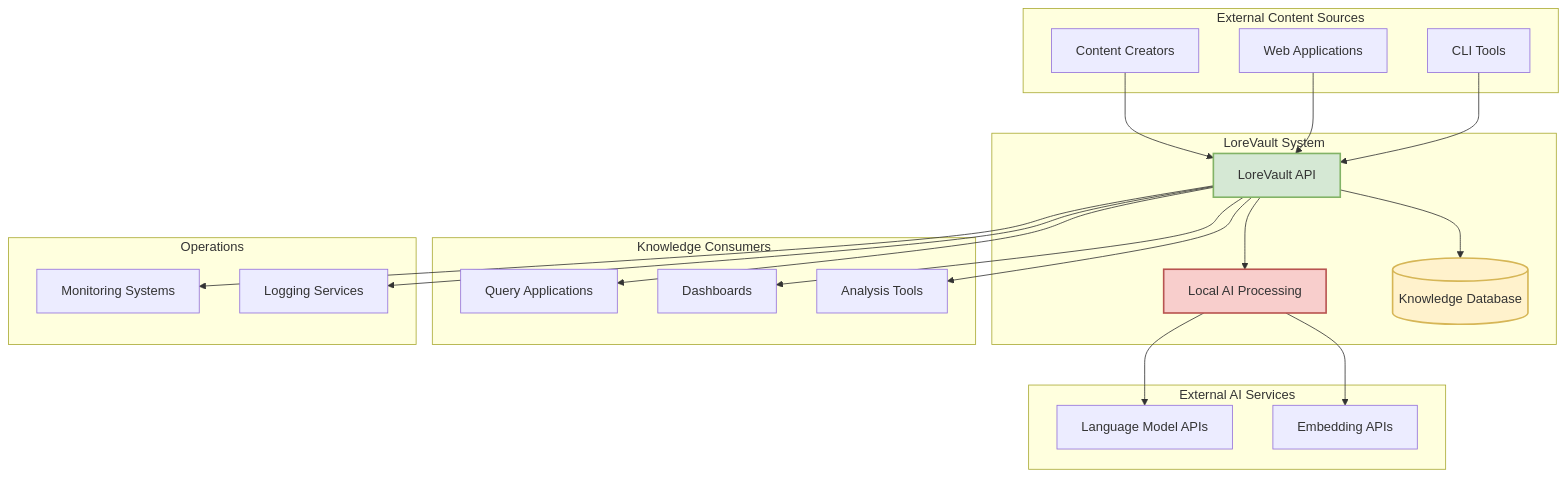
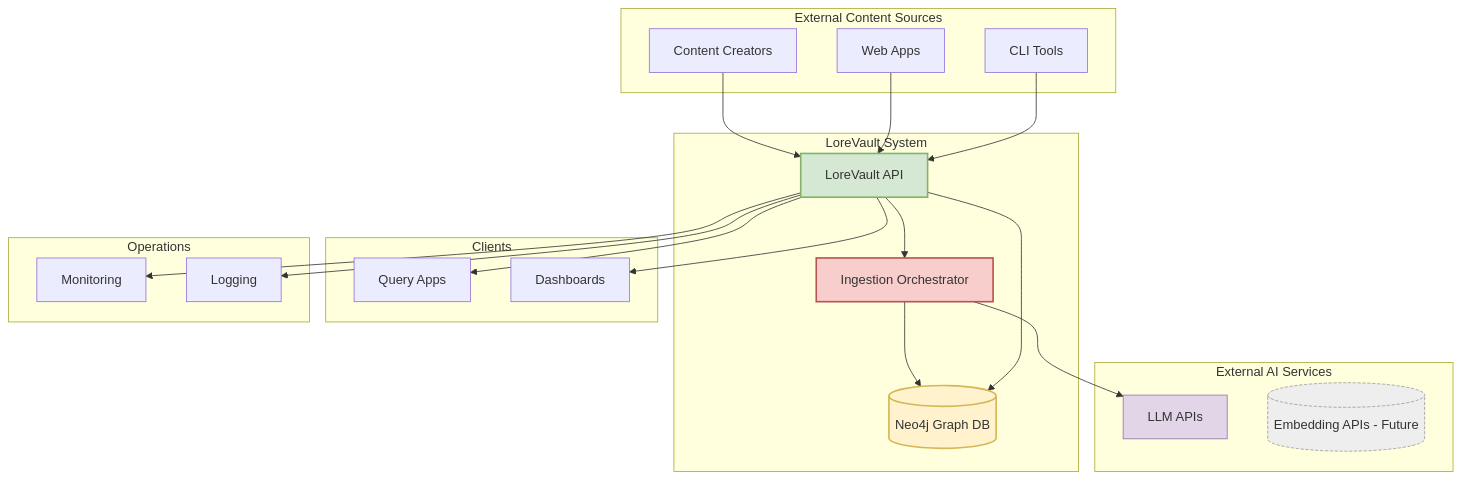
Before and after one commit to chaixdev/lorevault-kb: the diagram in docs/architecture/01-context-viewpoint.md, drawn with Mermaid. The commit also changed other lines of this file and 59 other files, not shown here.

````diff
--- a/docs/architecture/01-context-viewpoint.md
+++ b/docs/architecture/01-context-viewpoint.md
@@ -67,50 +63,51 @@
 ```mermaid
 graph TD
     subgraph "External Content Sources"
         CC[Content Creators]
-        WEB[Web Applications]
+        WEB[Web Apps]
         CLI[CLI Tools]
     end
 
     subgraph "LoreVault System"
         API[LoreVault API]
-        LOCAL[Local AI Processing]
-        DB[(Knowledge Database)]
+        PROC[Ingestion Orchestrator]
+        GRAPH[(Neo4j Graph DB)]
     end
 
     subgraph "External AI Services"
-        LLM[Language Model APIs]
-        EMB[Embedding APIs]
+        LLM[LLM APIs]
+        EMB[(Embedding APIs - Future)]
     end
 
-    subgraph "Knowledge Consumers"
-        QUERY[Query Applications]
+    subgraph "Clients"
+        QUERY[Query Apps]
         DASH[Dashboards]
-        TOOLS[Analysis Tools]
     end
 
     subgraph "Operations"
-        MON[Monitoring Systems]
-        LOG[Logging Services]
+        MON[Monitoring]
+        LOG[Logging]
     end
 
     CC --> API
     WEB --> API
     CLI --> API
-    
-    API --> LOCAL
-    API --> DB
-    LOCAL --> LLM
-    LOCAL --> EMB
-    
+
+    API --> PROC
+    PROC --> LLM
+    PROC --> GRAPH
+
+    API --> GRAPH
+
     API --> QUERY
     API --> DASH
-    API --> TOOLS
-    
+
     API --> MON
     API --> LOG
 
     style API fill:#D5E8D4,stroke:#82B366,stroke-width:2px
-    style LOCAL fill:#F8CECC,stroke:#B85450,stroke-width:2px
-    style DB fill:#FFF2CC,stroke:#D6B656,stroke-width:2px
+    style GRAPH fill:#FFF2CC,stroke:#D6B656,stroke-width:2px
+    style PROC fill:#F8CECC,stroke:#B85450,stroke-width:2px
+    style LLM fill:#E1D5E7,stroke:#9673A6,stroke-width:1px
+    style EMB fill:#EEEEEE,stroke:#999999,stroke-dasharray: 4 2
 ```
````
